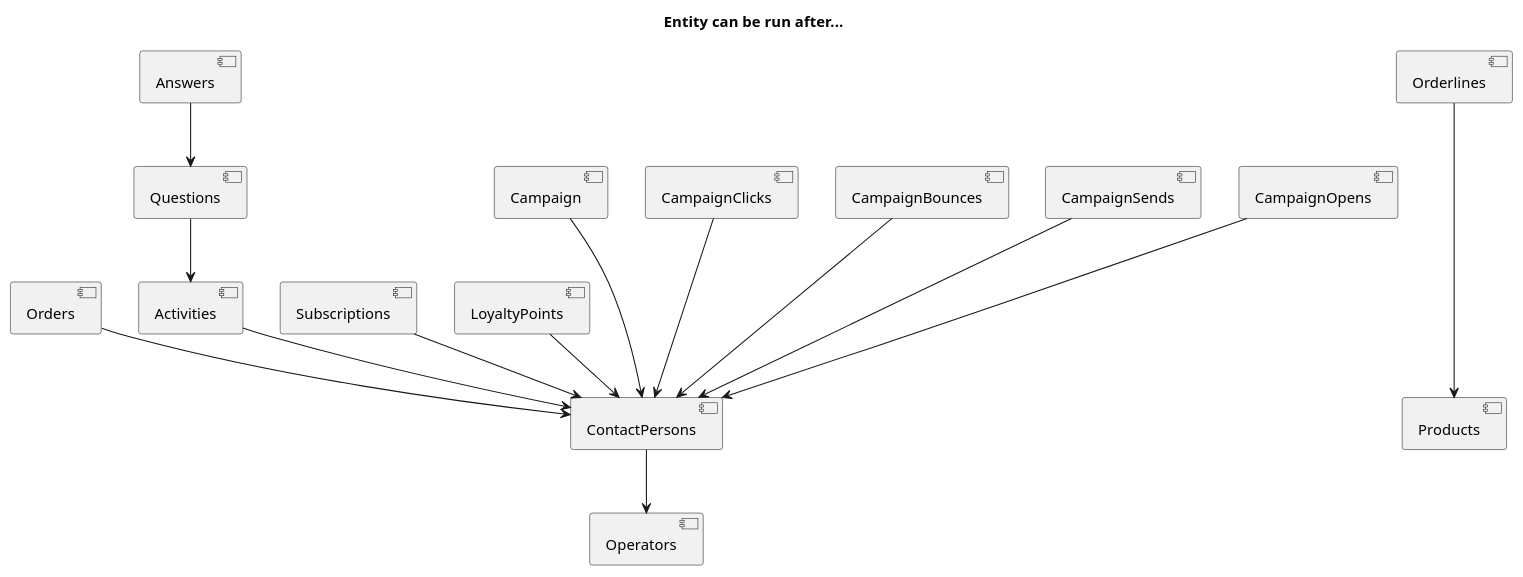
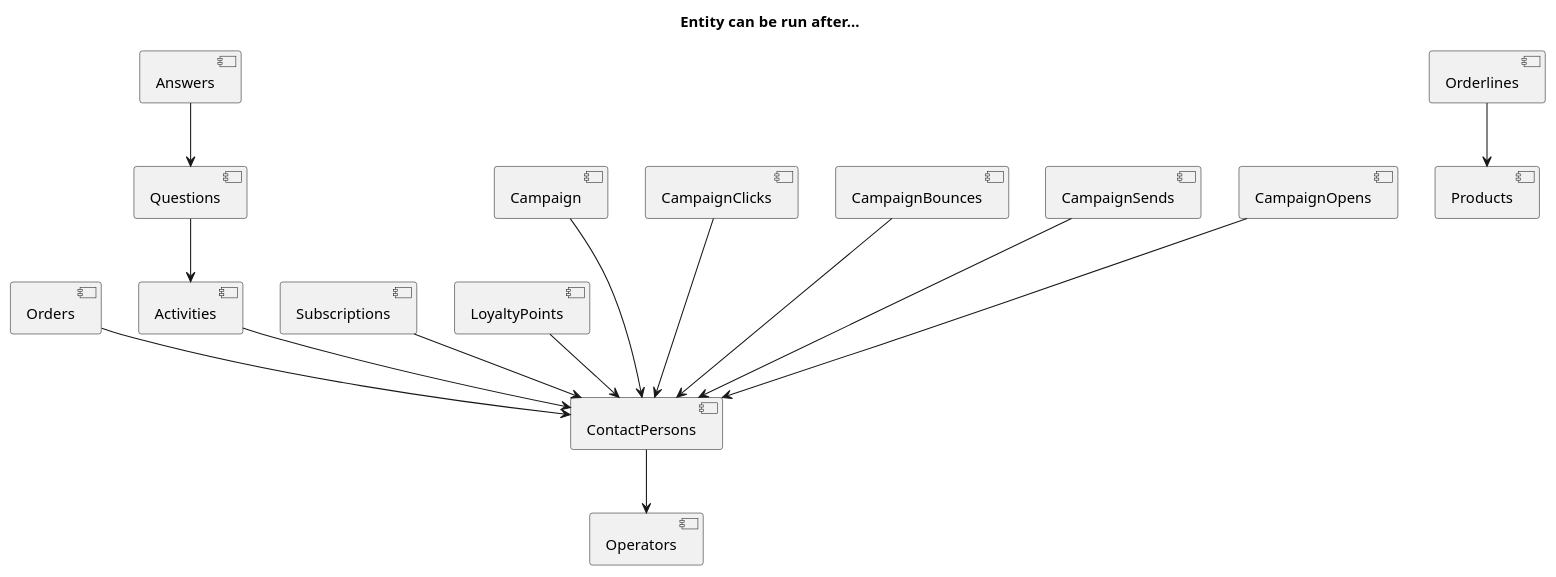
One commit to kishorem-mf/spark-jobs changed the diagram in diagram/Entity dependencies.plantuml. Above: the diagram before and after it, drawn with PlantUML. The commit also changed 3 other files, not shown here.

```diff
--- a/diagram/Entity dependencies.plantuml
+++ b/diagram/Entity dependencies.plantuml
@@ -1,43 +1,43 @@
 @startuml
 title Entity can be run after...
 
 [ContactPersons] as CP
 [Operators] as OP
 [Orders] as OD
 [Orderlines] as OL
 [Products] as PD
 [Activities] as AC
 [Questions] as QU
 [Answers] as AN
 [Subscriptions] as SC
 [LoyaltyPoints] as LP
 
 [Campaign] as CMP
 [CampaignClicks] as CMPC
 [CampaignBounces] as CMPB
 [CampaignSends] as CMPS
 [CampaignOpens] as CMPO
 
 CP --> OP
 
 OD --> CP
 
-OL ----> PD
+OL --> PD
 
 AC --> CP
 
 QU --> AC
 
 AN --> QU
 
 SC --> CP
 
 LP --> CP
 
 CMP ---> CP
 CMPC ---> CP
 CMPB ---> CP
 CMPS ---> CP
 CMPO ---> CP
 
 @enduml
```
